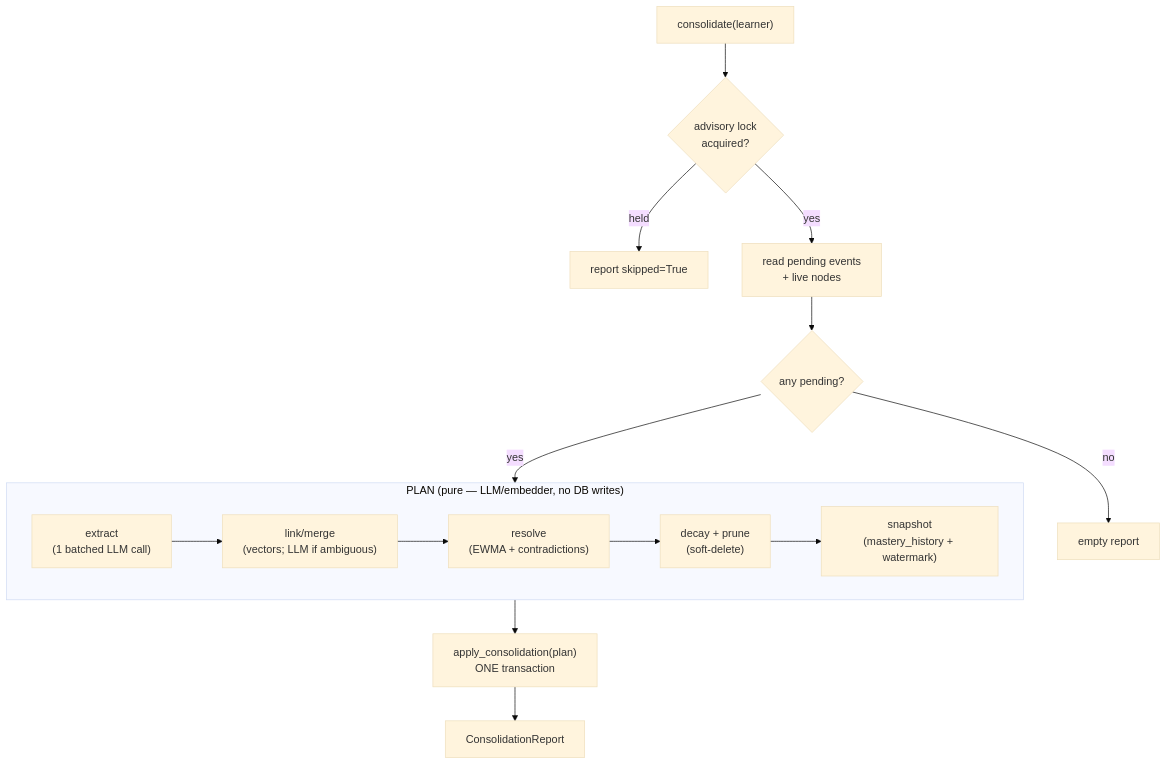
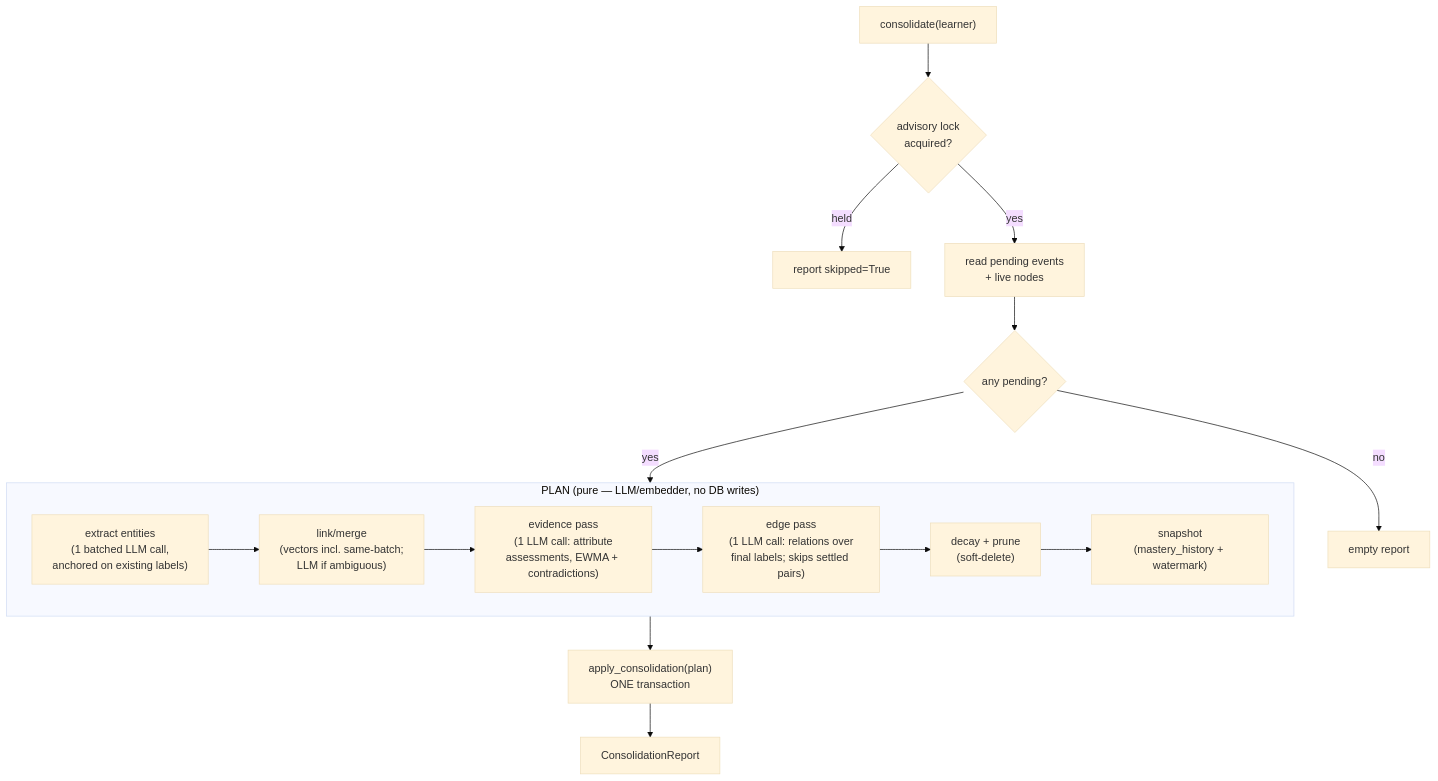
Before and after one commit to yfshaikh/qwen: the seventh of 9 diagrams in docs/ARCHITECTURE.md, drawn with Mermaid (base theme). The commit also changed other lines of this file and 3 other files, not shown here.

````diff
--- a/docs/ARCHITECTURE.md
+++ b/docs/ARCHITECTURE.md
@@ -213,17 +213,18 @@
 ```mermaid
 flowchart TD
     Start["consolidate(learner)"] --> Lock{"advisory lock<br/>acquired?"}
     Lock -- "held" --> Skip["report skipped=True"]
     Lock -- "yes" --> Read["read pending events<br/>+ live nodes"]
     Read --> Empty{"any pending?"}
     Empty -- no --> Done0["empty report"]
     Empty -- yes --> Plan
     subgraph Plan["PLAN (pure — LLM/embedder, no DB writes)"]
-        Ex["extract<br/>(1 batched LLM call)"] --> Lk["link/merge<br/>(vectors; LLM if ambiguous)"]
-        Lk --> Rs["resolve<br/>(EWMA + contradictions)"]
-        Rs --> Dp["decay + prune<br/>(soft-delete)"]
+        Ex["extract entities<br/>(1 batched LLM call,<br/>anchored on existing labels)"] --> Lk["link/merge<br/>(vectors incl. same-batch;<br/>LLM if ambiguous)"]
+        Lk --> Ev["evidence pass<br/>(1 LLM call: attribute<br/>assessments, EWMA + contradictions)"]
+        Ev --> Ed["edge pass<br/>(1 LLM call: relations over<br/>final labels; skips settled pairs)"]
+        Ed --> Dp["decay + prune<br/>(soft-delete)"]
         Dp --> Sn["snapshot<br/>(mastery_history + watermark)"]
     end
     Plan --> Commit["apply_consolidation(plan)<br/>ONE transaction"]
     Commit --> Report["ConsolidationReport"]
 ```
````
